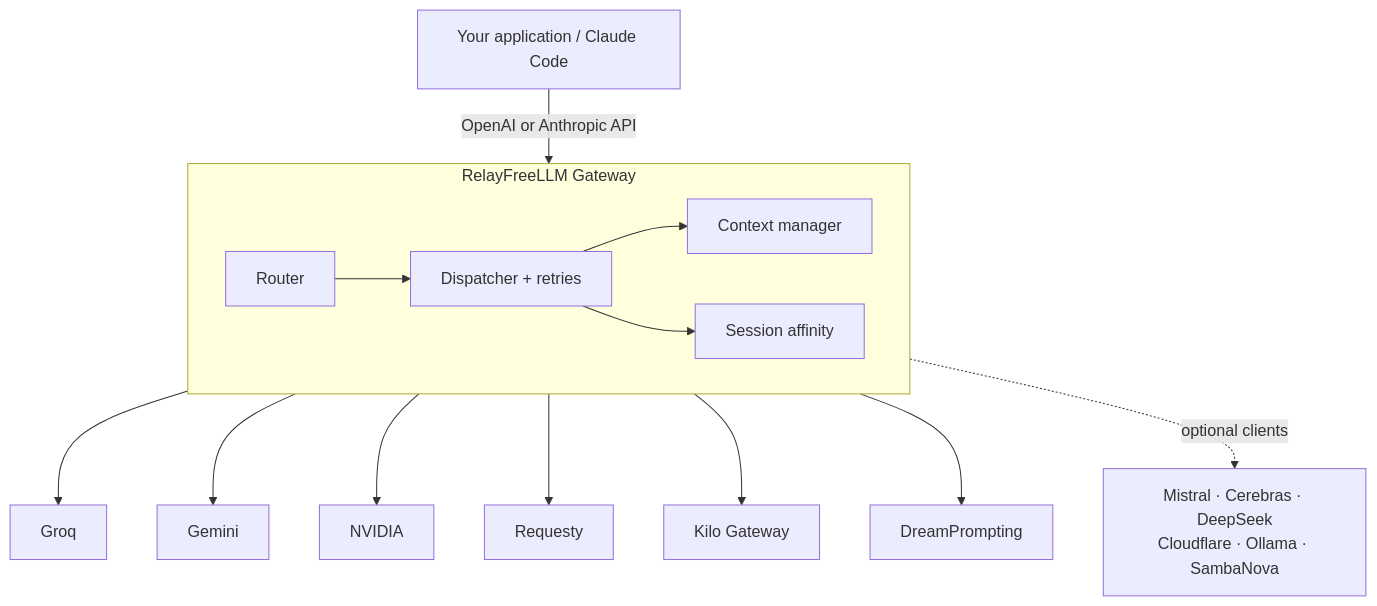
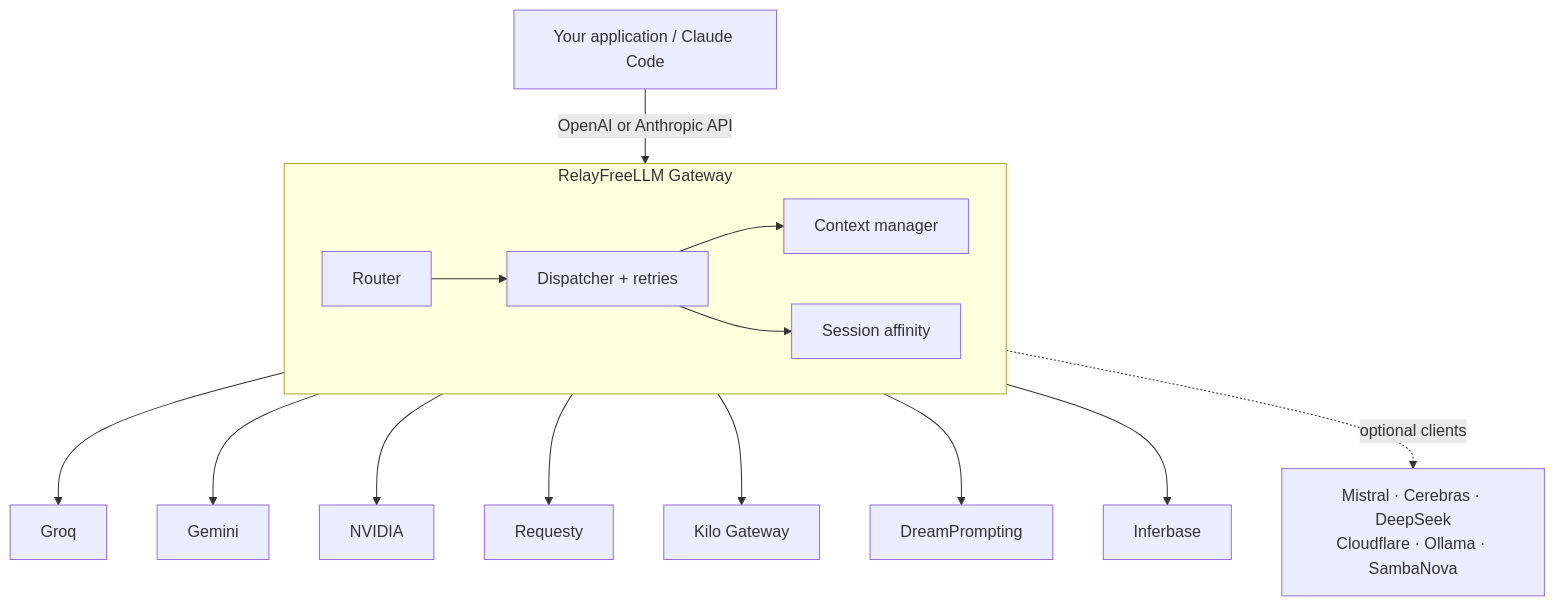
One commit to msmarkgu/RelayFreeLLM changed the diagram in README.md. Above: the diagram before and after it, drawn with Mermaid. The commit also changed other lines of this file and 5 other files, not shown here.

````diff
--- a/README.md
+++ b/README.md
@@ -473,16 +476,17 @@
 ```mermaid
 flowchart TD
     A[Your application / Claude Code] -->|OpenAI or Anthropic API| B
     subgraph B[RelayFreeLLM Gateway]
         C[Router] --> D[Dispatcher + retries]
         D --> E[Context manager]
         D --> F[Session affinity]
     end
     B --> G[Groq]
     B --> H[Gemini]
     B --> I[NVIDIA]
     B --> K[Requesty]
     B --> L[Kilo Gateway]
     B --> M[DreamPrompting]
+    B --> N[Inferbase]
     B -. optional clients .-> J[Mistral · Cerebras · DeepSeek<br/>Cloudflare · Ollama · SambaNova]
 ```
````
